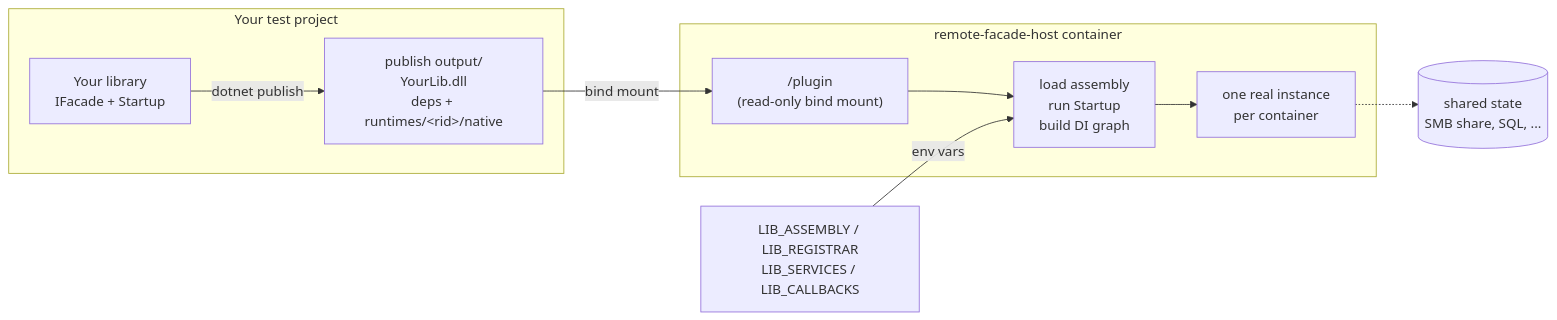
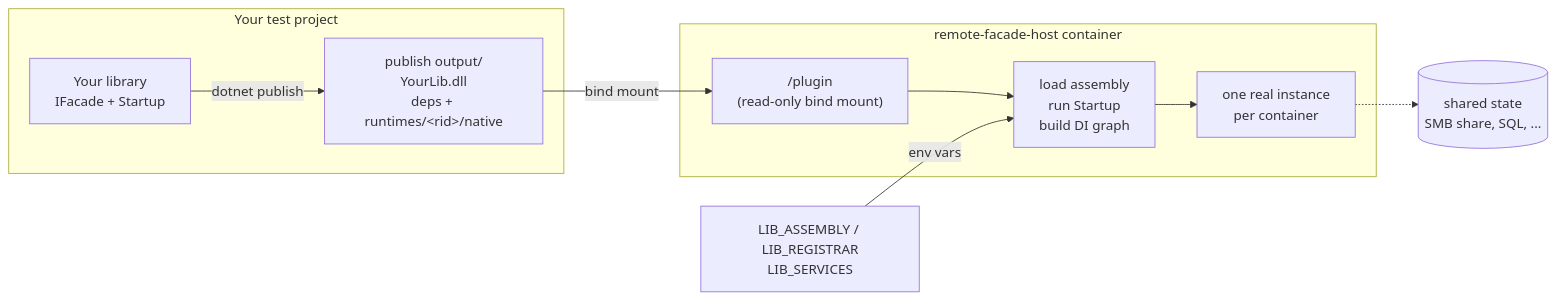
The first of 2 diagrams in README.md (drewlane-dev/remote-facade-host), drawn with Mermaid before and after one commit. The commit also changed other lines of this file and 13 other files, not shown here.

````diff
--- a/README.md
+++ b/README.md
@@ -31,20 +37,20 @@
 ```mermaid
 flowchart LR
     subgraph test["Your test project"]
         src["Your library<br/>IFacade + Startup"]
         out["publish output/<br/>YourLib.dll<br/>deps + runtimes/&lt;rid&gt;/native"]
         src -- "dotnet publish" --> out
     end
 
     subgraph ctr["remote-facade-host container"]
         mnt["/plugin<br/>(read-only bind mount)"]
         load["load assembly<br/>run Startup<br/>build DI graph"]
         inst["one real instance<br/>per container"]
         mnt --> load --> inst
     end
 
     out -- "bind mount" --> mnt
-    env["LIB_ASSEMBLY / LIB_REGISTRAR<br/>LIB_SERVICES / LIB_CALLBACKS"] -- "env vars" --> load
+    env["LIB_ASSEMBLY / LIB_REGISTRAR<br/>LIB_SERVICES"] -- "env vars" --> load
 
     inst -.-> shared[("shared state<br/>SMB share, SQL, ...")]
 ```
````
